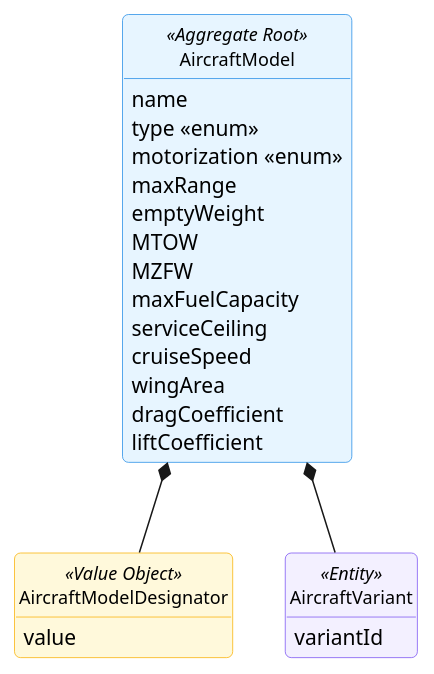
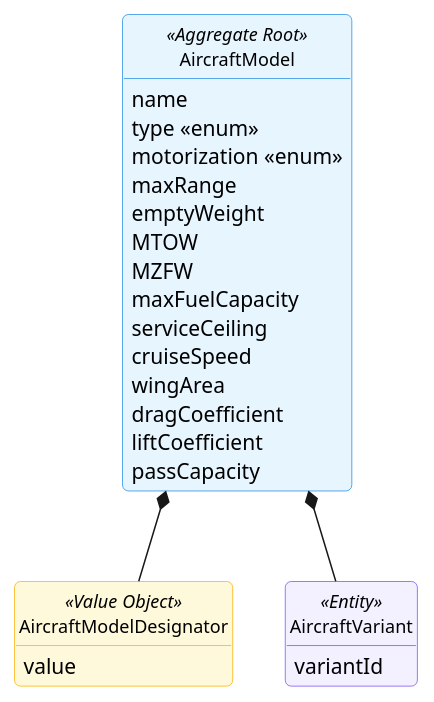
Before and after one commit to GustavoFerreira24/flight-management-platform: the diagram in docs/global-artifacts/02.analysis/puml/Aggregates/AircraftModelAggregate.puml, drawn with PlantUML. The commit also changed 6 other files, not shown here.

```diff
--- a/docs/global-artifacts/02.analysis/puml/Aggregates/AircraftModelAggregate.puml
+++ b/docs/global-artifacts/02.analysis/puml/Aggregates/AircraftModelAggregate.puml
@@ -1,57 +1,58 @@
 @startuml
 skinparam {
     BackgroundColor white
     RoundCorner 8
     Shadowing false
     Handwritten false
     ClassAttributeIconSize 0
     PackageStyle frame
 
     PackageBackgroundColor #F8F9FA
     PackageBorderColor #ADB5BD
 
     ClassBackgroundColor white
     ClassBorderColor #495057
     ClassFontSize 12
 
     ClassBackgroundColor<<Aggregate Root>> #E7F5FF
     ClassBorderColor<<Aggregate Root>> #228BE6
 
     ClassBackgroundColor<<Value Object>> #FFF9DB
     ClassBorderColor<<Value Object>> #FAB005
 
     ClassBackgroundColor<<Entity>> #F3F0FF
     ClassBorderColor<<Entity>> #7950F2
 }
 hide circle
 hide methods
 
 class AircraftModel <<Aggregate Root>> {
         name
         type <<enum>>
         motorization <<enum>>
         maxRange
         emptyWeight
         MTOW
         MZFW
         maxFuelCapacity
         serviceCeiling
         cruiseSpeed
         wingArea
         dragCoefficient
         liftCoefficient
+        passCapacity
     }
 
 class AircraftModelDesignator <<Value Object>> {
         value
 }
 
 class AircraftVariant <<Entity>> {
         variantId
 }
 
     AircraftModel *-- AircraftModelDesignator
     AircraftModel *-- AircraftVariant
 }
 
 @enduml
```
